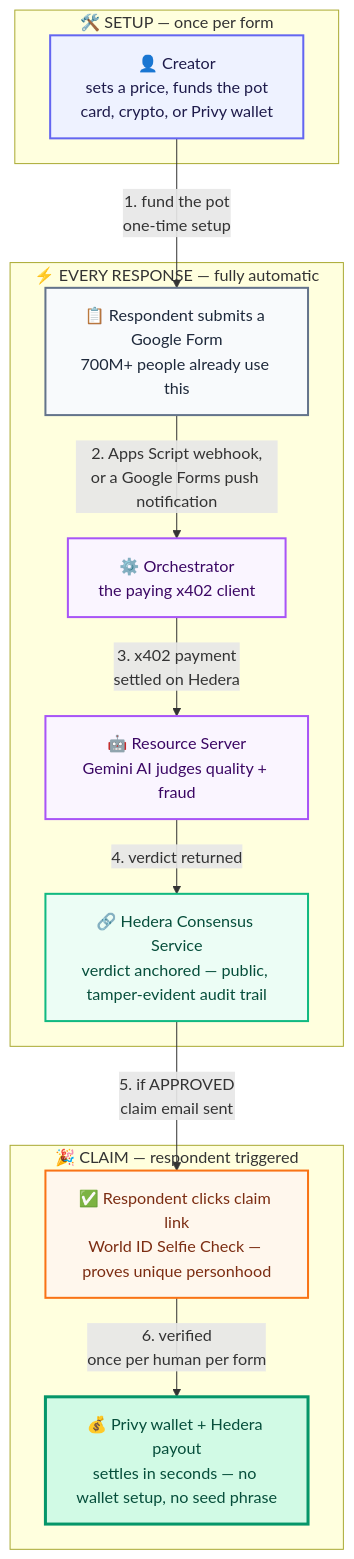
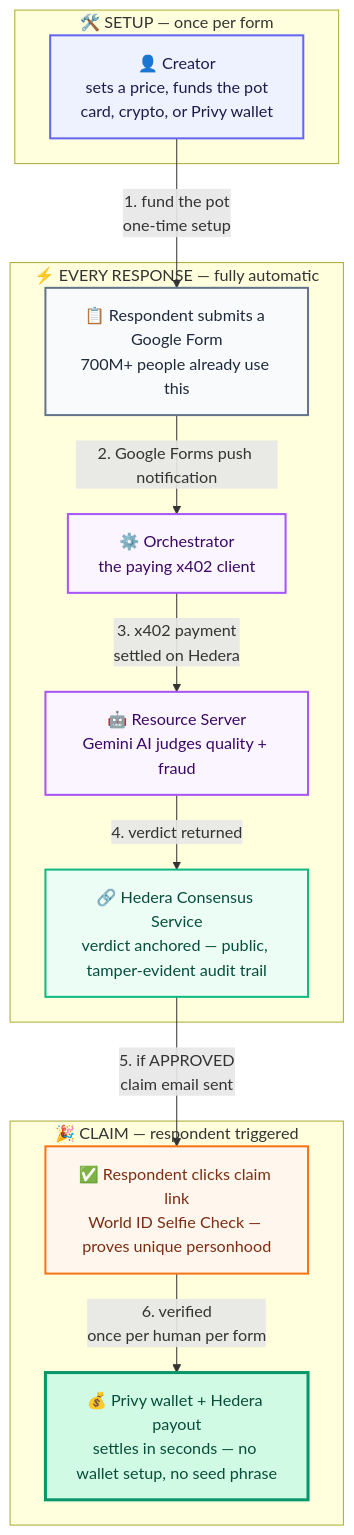
One commit to xaviersharwin10/FormDrop changed the diagram in README.md. Above: the diagram before and after it, drawn with Mermaid. The commit also changed other lines of this file and 1 other file, not shown here.

Commit message:
Remove Apps Script references from judge-facing docs (code untouched, still functional)

````diff
--- a/README.md
+++ b/README.md
@@ -80,39 +80,39 @@
 ```mermaid
 flowchart TD
     subgraph SETUP[" 🛠️ SETUP — once per form "]
         A["👤 Creator<br/>sets a price, funds the pot<br/>card, crypto, or Privy wallet"]
     end
 
     subgraph AUTOMATIC[" ⚡ EVERY RESPONSE — fully automatic "]
         B["📋 Respondent submits a Google Form<br/>700M+ people already use this"]
         C["⚙️ Orchestrator<br/>the paying x402 client"]
         D["🤖 Resource Server<br/>Gemini AI judges quality + fraud"]
         E["🔗 Hedera Consensus Service<br/>verdict anchored — public, tamper-evident audit trail"]
-        B -->|"2. Apps Script webhook,<br/>or a Google Forms push notification"| C
+        B -->|"2. Google Forms push notification"| C
         C -->|"3. x402 payment<br/>settled on Hedera"| D
         D -->|"4. verdict returned"| E
     end
 
     subgraph CLAIM[" 🎉 CLAIM — respondent triggered "]
         F["✅ Respondent clicks claim link<br/>World ID Selfie Check — proves unique personhood"]
         G["💰 Privy wallet + Hedera payout<br/>settles in seconds — no wallet setup, no seed phrase"]
         F -->|"6. verified<br/>once per human per form"| G
     end
 
     A -->|"1. fund the pot<br/>one-time setup"| B
     E -->|"5. if APPROVED<br/>claim email sent"| F
 
     classDef creator fill:#eef2ff,stroke:#6366f1,stroke-width:2px,color:#1e1b4b
     classDef form fill:#f8fafc,stroke:#64748b,stroke-width:2px,color:#1e293b
     classDef backend fill:#faf5ff,stroke:#a855f7,stroke-width:2px,color:#3b0764
     classDef hedera fill:#ecfdf5,stroke:#10b981,stroke-width:2px,color:#064e3b
     classDef claim fill:#fff7ed,stroke:#f97316,stroke-width:2px,color:#7c2d12
     classDef payout fill:#d1fae5,stroke:#059669,stroke-width:3px,color:#064e3b
 
     class A creator
     class B form
     class C,D backend
     class E hedera
     class F claim
     class G payout
 ```
````
